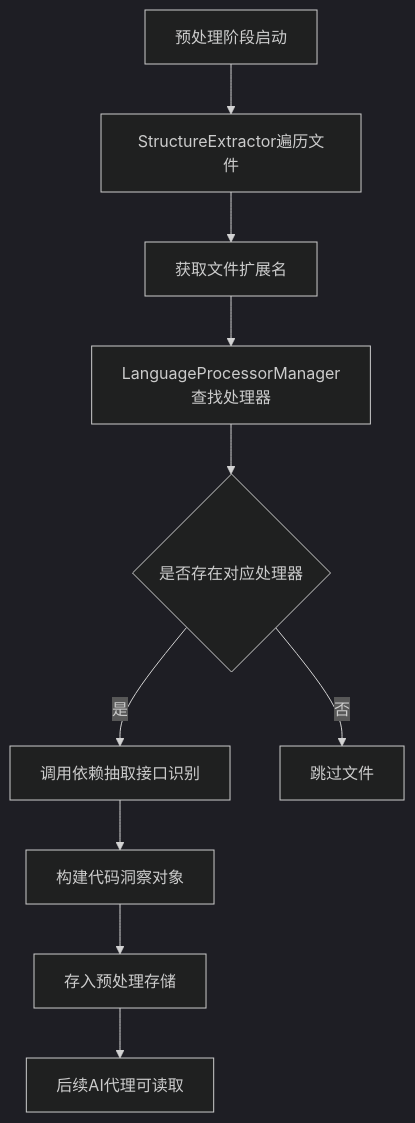
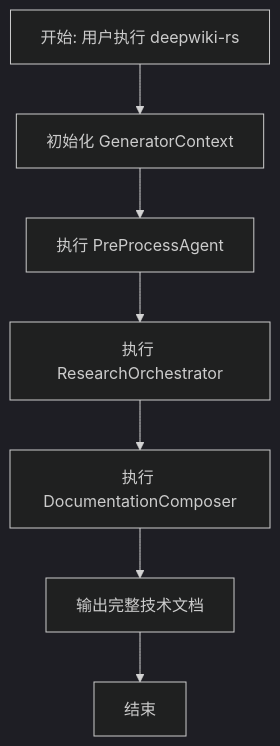
One commit to BigtoC/deepwiki-rs changed the first of 6 diagrams in docs/3、工作流程.md. Above: the diagram before and after it, drawn with Mermaid (dark theme). The commit also changed other lines of this file and 24 other files, not shown here.

First line of the commit message:
**🌐 International Documentation Generation** - Added support for 7 languages: Chinese, English, Japanese, Korean,   German, French, and Russian - Language-specific file naming and directory structures - Localized LLM prompts for better documentation quality in each   language

````diff
--- a/docs/3、工作流程.md
+++ b/docs/3、工作流程.md
@@ -175,12 +34,9 @@
 ```mermaid
 graph TD
-    A[预处理阶段启动] --> B[StructureExtractor遍历文件]
-    B --> C[获取文件扩展名]
-    C --> D[LanguageProcessorManager查找处理器]
-    D --> E{是否存在对应处理器}
-    E -- "是" --> F[调用依赖抽取接口识别]
-    F --> G[构建代码洞察对象]
-    G --> H[存入预处理存储]
-    E -- "否" --> I[跳过文件]
-    H --> J[后续AI代理可读取]
+    A[开始: 用户执行 deepwiki-rs] --> B[初始化 GeneratorContext]
+    B --> C[执行 PreProcessAgent]
+    C --> D[执行 ResearchOrchestrator]
+    D --> E[执行 DocumentationComposer]
+    E --> F[输出完整技术文档]
+    F --> G[结束]
 ```
````
